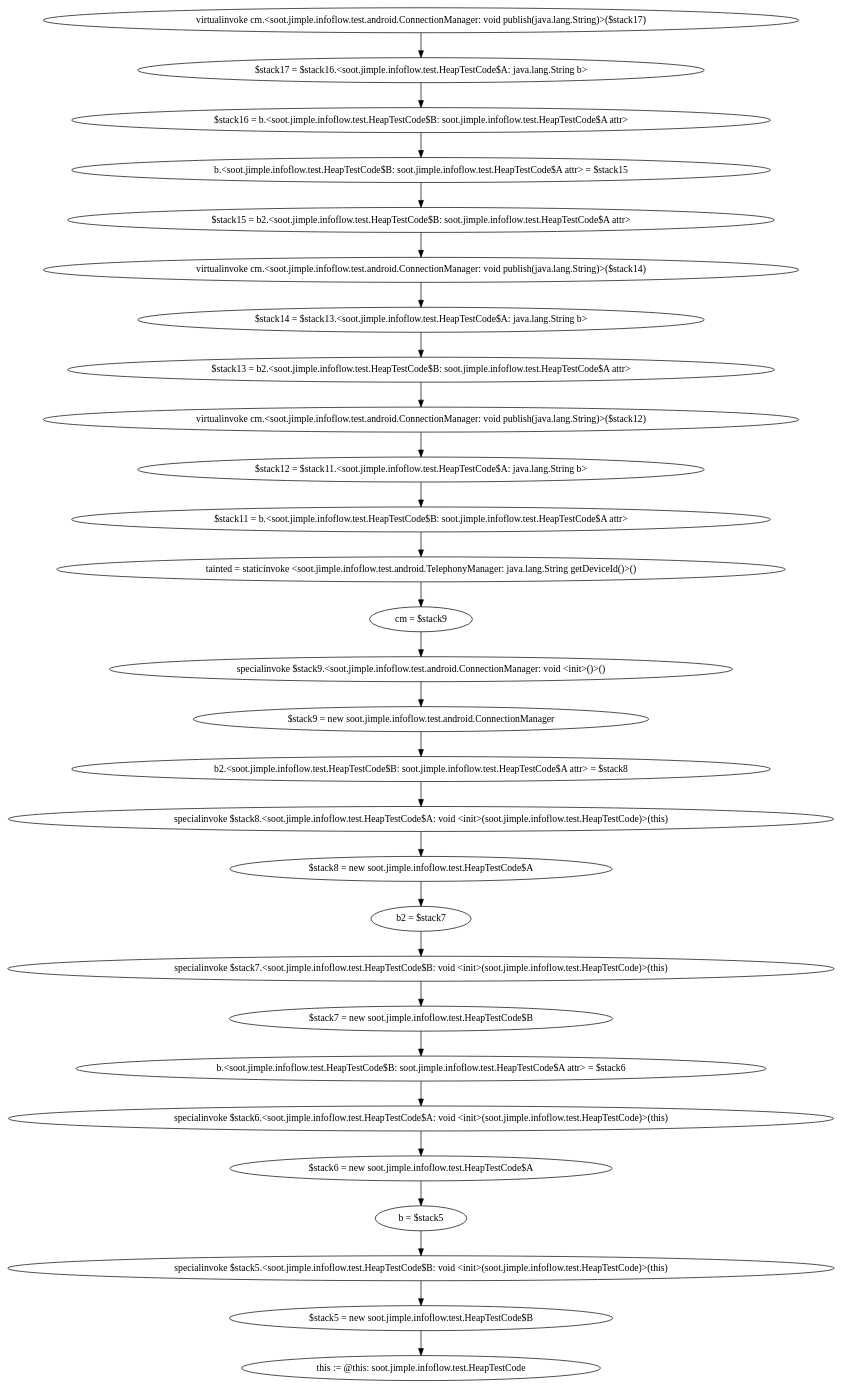
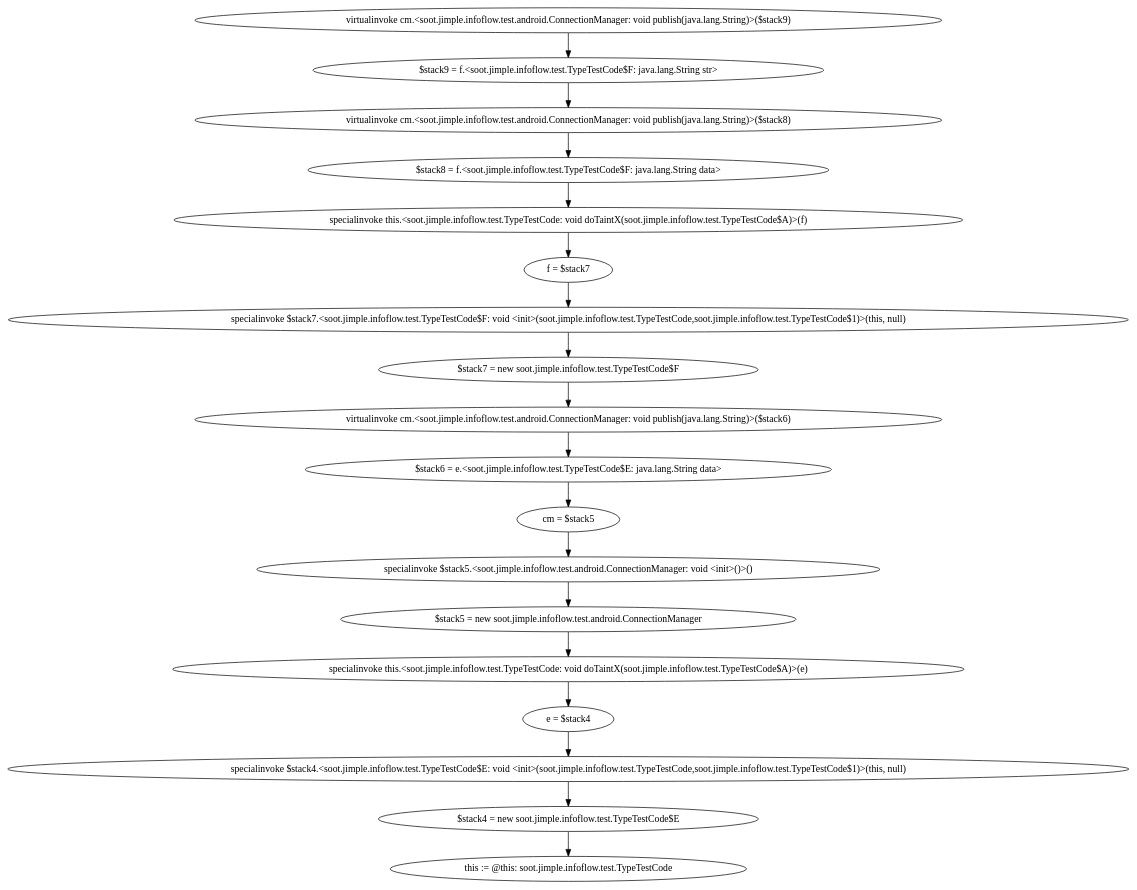
Before and after one commit to t1mlange/FlowDroid: the diagram in soot-infoflow/dotfiles/2.dot, drawn with Graphviz. The commit also changed 7 other files, not shown here.

```diff
--- a/soot-infoflow/dotfiles/2.dot
+++ b/soot-infoflow/dotfiles/2.dot
@@ -1,57 +1,37 @@
 digraph "" {
-    "virtualinvoke cm.<soot.jimple.infoflow.test.android.ConnectionManager: void publish(java.lang.String)>($stack17)"
-    "$stack17 = $stack16.<soot.jimple.infoflow.test.HeapTestCode$A: java.lang.String b>"
-    "virtualinvoke cm.<soot.jimple.infoflow.test.android.ConnectionManager: void publish(java.lang.String)>($stack17)"->"$stack17 = $stack16.<soot.jimple.infoflow.test.HeapTestCode$A: java.lang.String b>";
-    "$stack16 = b.<soot.jimple.infoflow.test.HeapTestCode$B: soot.jimple.infoflow.test.HeapTestCode$A attr>"
-    "$stack17 = $stack16.<soot.jimple.infoflow.test.HeapTestCode$A: java.lang.String b>"->"$stack16 = b.<soot.jimple.infoflow.test.HeapTestCode$B: soot.jimple.infoflow.test.HeapTestCode$A attr>";
-    "b.<soot.jimple.infoflow.test.HeapTestCode$B: soot.jimple.infoflow.test.HeapTestCode$A attr> = $stack15"
-    "$stack16 = b.<soot.jimple.infoflow.test.HeapTestCode$B: soot.jimple.infoflow.test.HeapTestCode$A attr>"->"b.<soot.jimple.infoflow.test.HeapTestCode$B: soot.jimple.infoflow.test.HeapTestCode$A attr> = $stack15";
-    "$stack15 = b2.<soot.jimple.infoflow.test.HeapTestCode$B: soot.jimple.infoflow.test.HeapTestCode$A attr>"
-    "b.<soot.jimple.infoflow.test.HeapTestCode$B: soot.jimple.infoflow.test.HeapTestCode$A attr> = $stack15"->"$stack15 = b2.<soot.jimple.infoflow.test.HeapTestCode$B: soot.jimple.infoflow.test.HeapTestCode$A attr>";
-    "virtualinvoke cm.<soot.jimple.infoflow.test.android.ConnectionManager: void publish(java.lang.String)>($stack14)"
-    "$stack15 = b2.<soot.jimple.infoflow.test.HeapTestCode$B: soot.jimple.infoflow.test.HeapTestCode$A attr>"->"virtualinvoke cm.<soot.jimple.infoflow.test.android.ConnectionManager: void publish(java.lang.String)>($stack14)";
-    "$stack14 = $stack13.<soot.jimple.infoflow.test.HeapTestCode$A: java.lang.String b>"
-    "virtualinvoke cm.<soot.jimple.infoflow.test.android.ConnectionManager: void publish(java.lang.String)>($stack14)"->"$stack14 = $stack13.<soot.jimple.infoflow.test.HeapTestCode$A: java.lang.String b>";
-    "$stack13 = b2.<soot.jimple.infoflow.test.HeapTestCode$B: soot.jimple.infoflow.test.HeapTestCode$A attr>"
-    "$stack14 = $stack13.<soot.jimple.infoflow.test.HeapTestCode$A: java.lang.String b>"->"$stack13 = b2.<soot.jimple.infoflow.test.HeapTestCode$B: soot.jimple.infoflow.test.HeapTestCode$A attr>";
-    "virtualinvoke cm.<soot.jimple.infoflow.test.android.ConnectionManager: void publish(java.lang.String)>($stack12)"
-    "$stack13 = b2.<soot.jimple.infoflow.test.HeapTestCode$B: soot.jimple.infoflow.test.HeapTestCode$A attr>"->"virtualinvoke cm.<soot.jimple.infoflow.test.android.ConnectionManager: void publish(java.lang.String)>($stack12)";
-    "$stack12 = $stack11.<soot.jimple.infoflow.test.HeapTestCode$A: java.lang.String b>"
-    "virtualinvoke cm.<soot.jimple.infoflow.test.android.ConnectionManager: void publish(java.lang.String)>($stack12)"->"$stack12 = $stack11.<soot.jimple.infoflow.test.HeapTestCode$A: java.lang.String b>";
-    "$stack11 = b.<soot.jimple.infoflow.test.HeapTestCode$B: soot.jimple.infoflow.test.HeapTestCode$A attr>"
-    "$stack12 = $stack11.<soot.jimple.infoflow.test.HeapTestCode$A: java.lang.String b>"->"$stack11 = b.<soot.jimple.infoflow.test.HeapTestCode$B: soot.jimple.infoflow.test.HeapTestCode$A attr>";
-    "tainted = staticinvoke <soot.jimple.infoflow.test.android.TelephonyManager: java.lang.String getDeviceId()>()"
-    "$stack11 = b.<soot.jimple.infoflow.test.HeapTestCode$B: soot.jimple.infoflow.test.HeapTestCode$A attr>"->"tainted = staticinvoke <soot.jimple.infoflow.test.android.TelephonyManager: java.lang.String getDeviceId()>()";
-    "cm = $stack9"
-    "tainted = staticinvoke <soot.jimple.infoflow.test.android.TelephonyManager: java.lang.String getDeviceId()>()"->"cm = $stack9";
-    "specialinvoke $stack9.<soot.jimple.infoflow.test.android.ConnectionManager: void <init>()>()"
-    "cm = $stack9"->"specialinvoke $stack9.<soot.jimple.infoflow.test.android.ConnectionManager: void <init>()>()";
-    "$stack9 = new soot.jimple.infoflow.test.android.ConnectionManager"
-    "specialinvoke $stack9.<soot.jimple.infoflow.test.android.ConnectionManager: void <init>()>()"->"$stack9 = new soot.jimple.infoflow.test.android.ConnectionManager";
-    "b2.<soot.jimple.infoflow.test.HeapTestCode$B: soot.jimple.infoflow.test.HeapTestCode$A attr> = $stack8"
-    "$stack9 = new soot.jimple.infoflow.test.android.ConnectionManager"->"b2.<soot.jimple.infoflow.test.HeapTestCode$B: soot.jimple.infoflow.test.HeapTestCode$A attr> = $stack8";
-    "specialinvoke $stack8.<soot.jimple.infoflow.test.HeapTestCode$A: void <init>(soot.jimple.infoflow.test.HeapTestCode)>(this)"
-    "b2.<soot.jimple.infoflow.test.HeapTestCode$B: soot.jimple.infoflow.test.HeapTestCode$A attr> = $stack8"->"specialinvoke $stack8.<soot.jimple.infoflow.test.HeapTestCode$A: void <init>(soot.jimple.infoflow.test.HeapTestCode)>(this)";
-    "$stack8 = new soot.jimple.infoflow.test.HeapTestCode$A"
-    "specialinvoke $stack8.<soot.jimple.infoflow.test.HeapTestCode$A: void <init>(soot.jimple.infoflow.test.HeapTestCode)>(this)"->"$stack8 = new soot.jimple.infoflow.test.HeapTestCode$A";
-    "b2 = $stack7"
-    "$stack8 = new soot.jimple.infoflow.test.HeapTestCode$A"->"b2 = $stack7";
-    "specialinvoke $stack7.<soot.jimple.infoflow.test.HeapTestCode$B: void <init>(soot.jimple.infoflow.test.HeapTestCode)>(this)"
-    "b2 = $stack7"->"specialinvoke $stack7.<soot.jimple.infoflow.test.HeapTestCode$B: void <init>(soot.jimple.infoflow.test.HeapTestCode)>(this)";
-    "$stack7 = new soot.jimple.infoflow.test.HeapTestCode$B"
-    "specialinvoke $stack7.<soot.jimple.infoflow.test.HeapTestCode$B: void <init>(soot.jimple.infoflow.test.HeapTestCode)>(this)"->"$stack7 = new soot.jimple.infoflow.test.HeapTestCode$B";
-    "b.<soot.jimple.infoflow.test.HeapTestCode$B: soot.jimple.infoflow.test.HeapTestCode$A attr> = $stack6"
-    "$stack7 = new soot.jimple.infoflow.test.HeapTestCode$B"->"b.<soot.jimple.infoflow.test.HeapTestCode$B: soot.jimple.infoflow.test.HeapTestCode$A attr> = $stack6";
-    "specialinvoke $stack6.<soot.jimple.infoflow.test.HeapTestCode$A: void <init>(soot.jimple.infoflow.test.HeapTestCode)>(this)"
-    "b.<soot.jimple.infoflow.test.HeapTestCode$B: soot.jimple.infoflow.test.HeapTestCode$A attr> = $stack6"->"specialinvoke $stack6.<soot.jimple.infoflow.test.HeapTestCode$A: void <init>(soot.jimple.infoflow.test.HeapTestCode)>(this)";
-    "$stack6 = new soot.jimple.infoflow.test.HeapTestCode$A"
-    "specialinvoke $stack6.<soot.jimple.infoflow.test.HeapTestCode$A: void <init>(soot.jimple.infoflow.test.HeapTestCode)>(this)"->"$stack6 = new soot.jimple.infoflow.test.HeapTestCode$A";
-    "b = $stack5"
-    "$stack6 = new soot.jimple.infoflow.test.HeapTestCode$A"->"b = $stack5";
-    "specialinvoke $stack5.<soot.jimple.infoflow.test.HeapTestCode$B: void <init>(soot.jimple.infoflow.test.HeapTestCode)>(this)"
-    "b = $stack5"->"specialinvoke $stack5.<soot.jimple.infoflow.test.HeapTestCode$B: void <init>(soot.jimple.infoflow.test.HeapTestCode)>(this)";
-    "$stack5 = new soot.jimple.infoflow.test.HeapTestCode$B"
-    "specialinvoke $stack5.<soot.jimple.infoflow.test.HeapTestCode$B: void <init>(soot.jimple.infoflow.test.HeapTestCode)>(this)"->"$stack5 = new soot.jimple.infoflow.test.HeapTestCode$B";
-    "this := @this: soot.jimple.infoflow.test.HeapTestCode"
-    "$stack5 = new soot.jimple.infoflow.test.HeapTestCode$B"->"this := @this: soot.jimple.infoflow.test.HeapTestCode";
+    "virtualinvoke cm.<soot.jimple.infoflow.test.android.ConnectionManager: void publish(java.lang.String)>($stack9)"
+    "$stack9 = f.<soot.jimple.infoflow.test.TypeTestCode$F: java.lang.String str>"
+    "virtualinvoke cm.<soot.jimple.infoflow.test.android.ConnectionManager: void publish(java.lang.String)>($stack9)"->"$stack9 = f.<soot.jimple.infoflow.test.TypeTestCode$F: java.lang.String str>";
+    "virtualinvoke cm.<soot.jimple.infoflow.test.android.ConnectionManager: void publish(java.lang.String)>($stack8)"
+    "$stack9 = f.<soot.jimple.infoflow.test.TypeTestCode$F: java.lang.String str>"->"virtualinvoke cm.<soot.jimple.infoflow.test.android.ConnectionManager: void publish(java.lang.String)>($stack8)";
+    "$stack8 = f.<soot.jimple.infoflow.test.TypeTestCode$F: java.lang.String data>"
+    "virtualinvoke cm.<soot.jimple.infoflow.test.android.ConnectionManager: void publish(java.lang.String)>($stack8)"->"$stack8 = f.<soot.jimple.infoflow.test.TypeTestCode$F: java.lang.String data>";
+    "specialinvoke this.<soot.jimple.infoflow.test.TypeTestCode: void doTaintX(soot.jimple.infoflow.test.TypeTestCode$A)>(f)"
+    "$stack8 = f.<soot.jimple.infoflow.test.TypeTestCode$F: java.lang.String data>"->"specialinvoke this.<soot.jimple.infoflow.test.TypeTestCode: void doTaintX(soot.jimple.infoflow.test.TypeTestCode$A)>(f)";
+    "f = $stack7"
+    "specialinvoke this.<soot.jimple.infoflow.test.TypeTestCode: void doTaintX(soot.jimple.infoflow.test.TypeTestCode$A)>(f)"->"f = $stack7";
+    "specialinvoke $stack7.<soot.jimple.infoflow.test.TypeTestCode$F: void <init>(soot.jimple.infoflow.test.TypeTestCode,soot.jimple.infoflow.test.TypeTestCode$1)>(this, null)"
+    "f = $stack7"->"specialinvoke $stack7.<soot.jimple.infoflow.test.TypeTestCode$F: void <init>(soot.jimple.infoflow.test.TypeTestCode,soot.jimple.infoflow.test.TypeTestCode$1)>(this, null)";
+    "$stack7 = new soot.jimple.infoflow.test.TypeTestCode$F"
+    "specialinvoke $stack7.<soot.jimple.infoflow.test.TypeTestCode$F: void <init>(soot.jimple.infoflow.test.TypeTestCode,soot.jimple.infoflow.test.TypeTestCode$1)>(this, null)"->"$stack7 = new soot.jimple.infoflow.test.TypeTestCode$F";
+    "virtualinvoke cm.<soot.jimple.infoflow.test.android.ConnectionManager: void publish(java.lang.String)>($stack6)"
+    "$stack7 = new soot.jimple.infoflow.test.TypeTestCode$F"->"virtualinvoke cm.<soot.jimple.infoflow.test.android.ConnectionManager: void publish(java.lang.String)>($stack6)";
+    "$stack6 = e.<soot.jimple.infoflow.test.TypeTestCode$E: java.lang.String data>"
+    "virtualinvoke cm.<soot.jimple.infoflow.test.android.ConnectionManager: void publish(java.lang.String)>($stack6)"->"$stack6 = e.<soot.jimple.infoflow.test.TypeTestCode$E: java.lang.String data>";
+    "cm = $stack5"
+    "$stack6 = e.<soot.jimple.infoflow.test.TypeTestCode$E: java.lang.String data>"->"cm = $stack5";
+    "specialinvoke $stack5.<soot.jimple.infoflow.test.android.ConnectionManager: void <init>()>()"
+    "cm = $stack5"->"specialinvoke $stack5.<soot.jimple.infoflow.test.android.ConnectionManager: void <init>()>()";
+    "$stack5 = new soot.jimple.infoflow.test.android.ConnectionManager"
+    "specialinvoke $stack5.<soot.jimple.infoflow.test.android.ConnectionManager: void <init>()>()"->"$stack5 = new soot.jimple.infoflow.test.android.ConnectionManager";
+    "specialinvoke this.<soot.jimple.infoflow.test.TypeTestCode: void doTaintX(soot.jimple.infoflow.test.TypeTestCode$A)>(e)"
+    "$stack5 = new soot.jimple.infoflow.test.android.ConnectionManager"->"specialinvoke this.<soot.jimple.infoflow.test.TypeTestCode: void doTaintX(soot.jimple.infoflow.test.TypeTestCode$A)>(e)";
+    "e = $stack4"
+    "specialinvoke this.<soot.jimple.infoflow.test.TypeTestCode: void doTaintX(soot.jimple.infoflow.test.TypeTestCode$A)>(e)"->"e = $stack4";
+    "specialinvoke $stack4.<soot.jimple.infoflow.test.TypeTestCode$E: void <init>(soot.jimple.infoflow.test.TypeTestCode,soot.jimple.infoflow.test.TypeTestCode$1)>(this, null)"
+    "e = $stack4"->"specialinvoke $stack4.<soot.jimple.infoflow.test.TypeTestCode$E: void <init>(soot.jimple.infoflow.test.TypeTestCode,soot.jimple.infoflow.test.TypeTestCode$1)>(this, null)";
+    "$stack4 = new soot.jimple.infoflow.test.TypeTestCode$E"
+    "specialinvoke $stack4.<soot.jimple.infoflow.test.TypeTestCode$E: void <init>(soot.jimple.infoflow.test.TypeTestCode,soot.jimple.infoflow.test.TypeTestCode$1)>(this, null)"->"$stack4 = new soot.jimple.infoflow.test.TypeTestCode$E";
+    "this := @this: soot.jimple.infoflow.test.TypeTestCode"
+    "$stack4 = new soot.jimple.infoflow.test.TypeTestCode$E"->"this := @this: soot.jimple.infoflow.test.TypeTestCode";
 }
```
